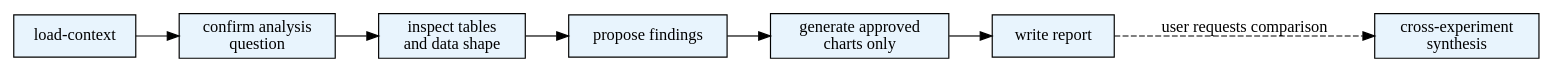
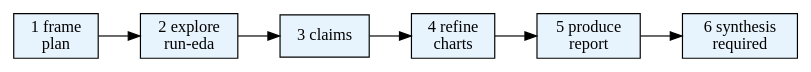
The diagram in extension/skills/agentsociety-analysis/v1.0.0/SKILL.md (miaoqijun/AgentSociety), drawn with Graphviz before and after one commit. The commit also changed other lines of this file and 86 other files, not shown here.

````diff
--- a/extension/skills/agentsociety-analysis/v1.0.0/SKILL.md
+++ b/extension/skills/agentsociety-analysis/v1.0.0/SKILL.md
@@ -73,16 +101,14 @@
 ```dot
 digraph analysis_flow {
     rankdir=LR;
     node [shape=box, style=filled, fillcolor="#E8F4FD"];
-    load [label="load-context"];
-    scope [label="confirm analysis\nquestion"];
-    explore [label="inspect tables\nand data shape"];
-    findings [label="propose findings"];
-    charts [label="generate approved\ncharts only"];
-    report [label="write report"];
-    synth [label="cross-experiment\nsynthesis"];
+    frame [label="1 frame\nplan"];
+    explore [label="2 explore\nrun-eda"];
+    claims [label="3 claims"];
+    refine [label="4 refine\ncharts"];
+    produce [label="5 produce\nreport"];
+    synth [label="6 synthesis\nrequired"];
 
-    load -> scope -> explore -> findings -> charts -> report;
-    report -> synth [style=dashed, label="user requests comparison"];
+    frame -> explore -> claims -> refine -> produce -> synth;
 }
 ```
````
